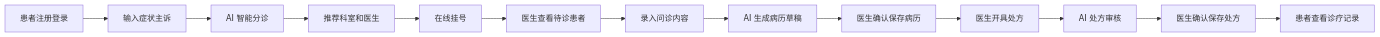
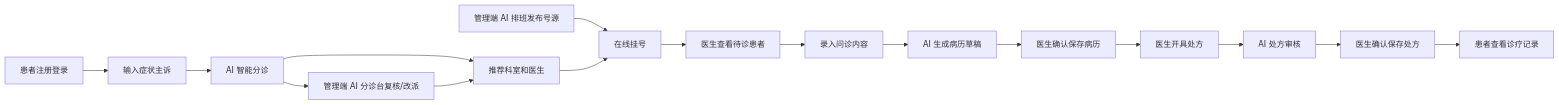
Before and after one commit to cloudydreamland/smart_cloud_brain: the diagram in docs/02-requirements-analysis.md, drawn with Mermaid. The commit also changed other lines of this file and 187 other files, not shown here.

````diff
--- a/docs/02-requirements-analysis.md
+++ b/docs/02-requirements-analysis.md
@@ -70,15 +76,18 @@
 ```mermaid
 flowchart LR
   A[患者注册登录] --> B[输入症状主诉]
   B --> C[AI 智能分诊]
   C --> D[推荐科室和医生]
+  C --> X[管理端 AI 分诊台复核/改派]
+  X --> D
+  Y[管理端 AI 排班发布号源] --> E
   D --> E[在线挂号]
   E --> F[医生查看待诊患者]
   F --> G[录入问诊内容]
   G --> H[AI 生成病历草稿]
   H --> I[医生确认保存病历]
   I --> J[医生开具处方]
   J --> K[AI 处方审核]
   K --> L[医生确认保存处方]
   L --> M[患者查看诊疗记录]
 ```
````
